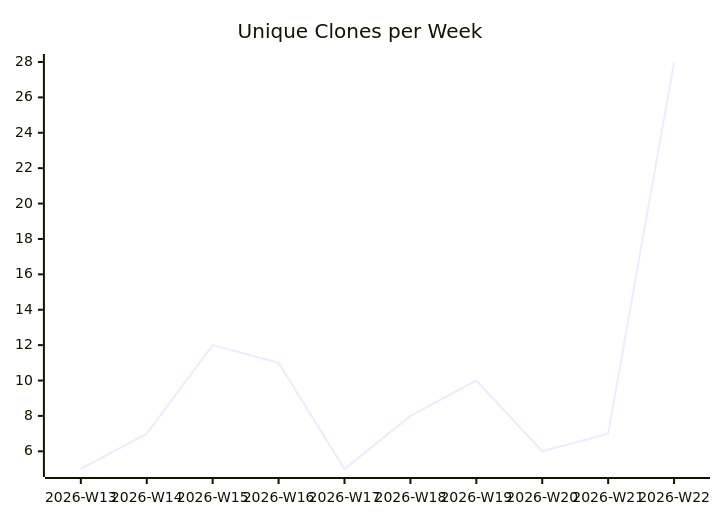
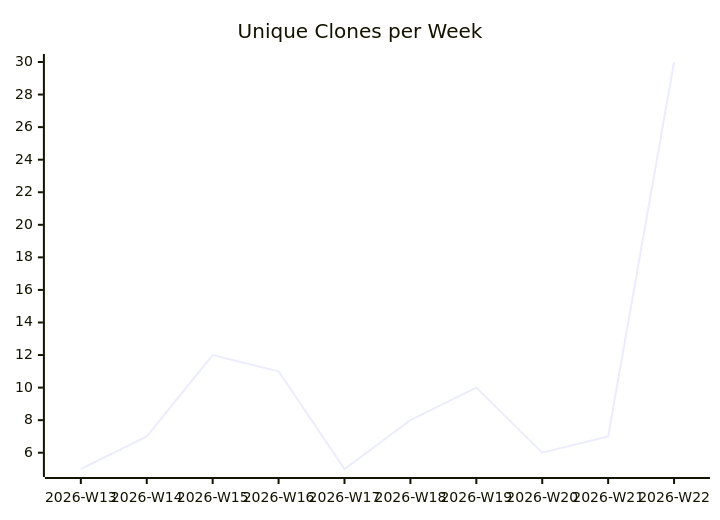
Before and after one commit to justdavis-family/github-analytics-data: the third of 3 diagrams in karlmdavis/fhir-benchmarks/README.md, drawn with Mermaid. The commit also changed other lines of this file and 189 other files, not shown here.

````diff
--- a/karlmdavis/fhir-benchmarks/README.md
+++ b/karlmdavis/fhir-benchmarks/README.md
@@ -19,6 +19,6 @@
 ```mermaid
 xychart-beta
   title "Unique Clones per Week"
   x-axis ["2026-W13", "2026-W14", "2026-W15", "2026-W16", "2026-W17", "2026-W18", "2026-W19", "2026-W20", "2026-W21", "2026-W22"]
-  line [5, 7, 12, 11, 5, 8, 10, 6, 7, 28]
+  line [5, 7, 12, 11, 5, 8, 10, 6, 7, 30]
 ```
````
